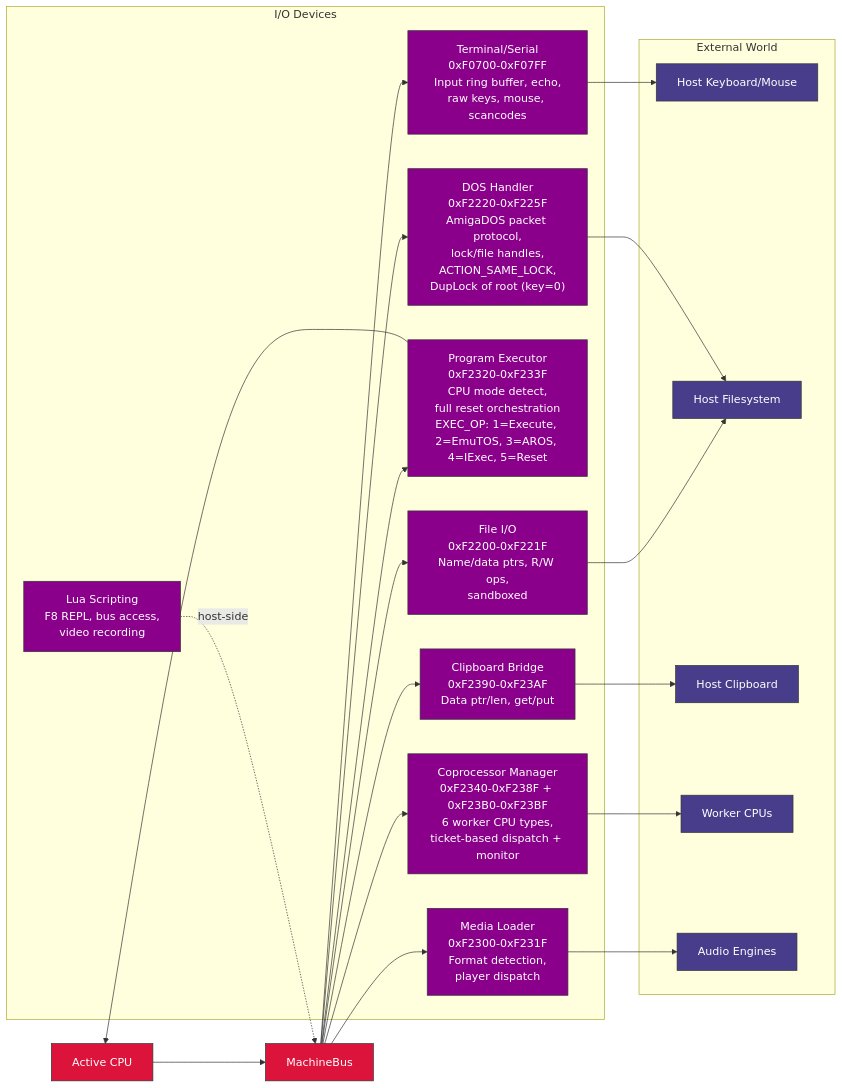
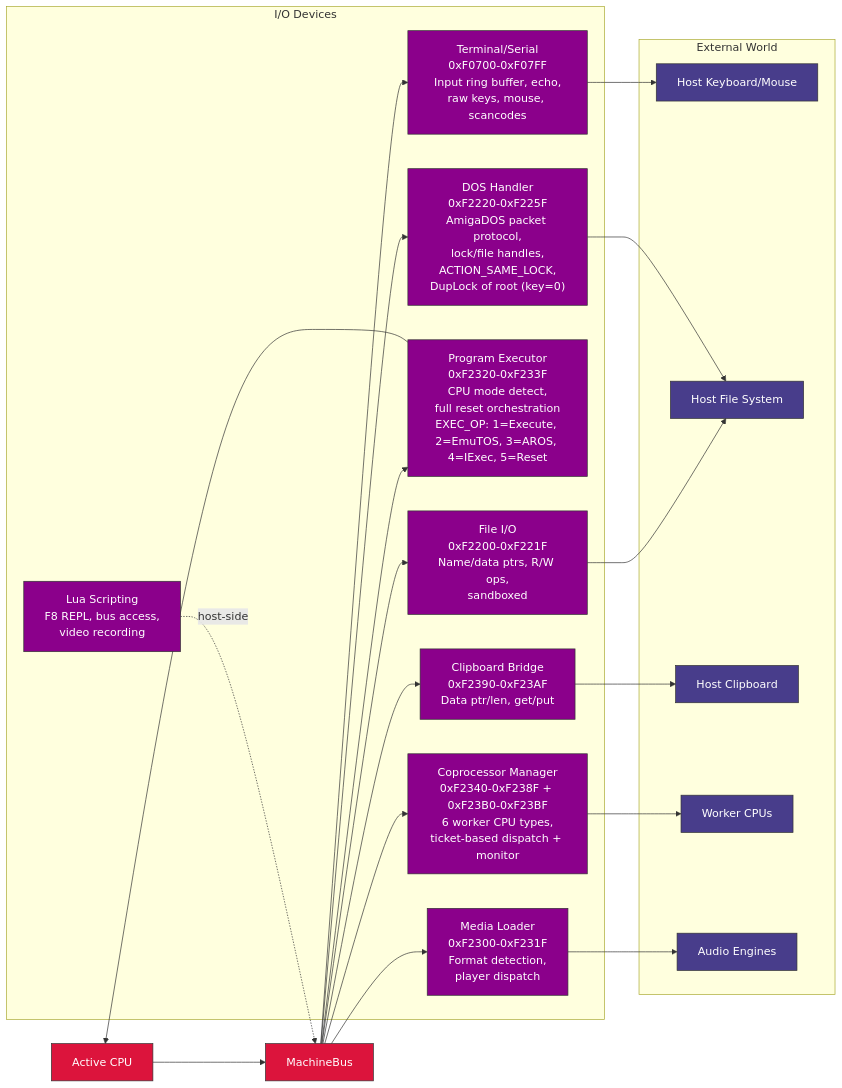
The ninth of 12 diagrams in sdk/docs/architecture.md (IntuitionAmiga/IntuitionEngine), drawn with Mermaid before and after one commit. The commit also changed other lines of this file and 88 other files, not shown here.

````diff
--- a/sdk/docs/architecture.md
+++ b/sdk/docs/architecture.md
@@ -1025,49 +1025,49 @@
 ```mermaid
 graph LR
     CPU["Active CPU"]
     BUS["MachineBus"]
     CPU --> BUS
 
     subgraph DEVS["I/O Devices"]
         TERM["Terminal/Serial<br/>0xF0700-0xF07FF<br/>Input ring buffer, echo,<br/>raw keys, mouse, scancodes"]
         FIO["File I/O<br/>0xF2200-0xF221F<br/>Name/data ptrs, R/W ops,<br/>sandboxed"]
         PEXEC["Program Executor<br/>0xF2320-0xF233F<br/>CPU mode detect,<br/>full reset orchestration<br/>EXEC_OP: 1=Execute, 2=EmuTOS, 3=AROS, 4=IExec, 5=Reset"]
         COPRO["Coprocessor Manager<br/>0xF2340-0xF238F + 0xF23B0-0xF23BF<br/>6 worker CPU types,<br/>ticket-based dispatch + monitor"]
         CLIP["Clipboard Bridge<br/>0xF2390-0xF23AF<br/>Data ptr/len, get/put"]
         DOS["DOS Handler<br/>0xF2220-0xF225F<br/>AmigaDOS packet protocol,<br/>lock/file handles,<br/>ACTION_SAME_LOCK,<br/>DupLock of root (key=0)"]
         MEDIA["Media Loader<br/>0xF2300-0xF231F<br/>Format detection,<br/>player dispatch"]
         LUA["Lua Scripting<br/>F8 REPL, bus access,<br/>video recording"]
     end
 
     BUS --> TERM
     BUS --> FIO
     BUS --> PEXEC
     BUS --> COPRO
     BUS --> CLIP
     BUS --> DOS
     BUS --> MEDIA
     LUA -.->|"host-side"| BUS
 
     subgraph EXT["External World"]
         HOST_KB["Host Keyboard/Mouse"]
-        HOST_FS["Host Filesystem"]
+        HOST_FS["Host File System"]
         HOST_CB["Host Clipboard"]
         CPUSUB["Worker CPUs"]
         AUDIO_E["Audio Engines"]
     end
 
     TERM --> HOST_KB
     FIO --> HOST_FS
     DOS --> HOST_FS
     CLIP --> HOST_CB
     PEXEC --> CPU
     COPRO --> CPUSUB
     MEDIA --> AUDIO_E
 
     classDef periph fill:#8B008B,stroke:#333,color:#fff
     classDef ext fill:#483D8B,stroke:#333,color:#fff
     classDef bus fill:#DC143C,stroke:#333,color:#fff
     class TERM,FIO,PEXEC,COPRO,CLIP,DOS,MEDIA,LUA periph
     class HOST_KB,HOST_FS,HOST_CB,CPUSUB,AUDIO_E ext
     class CPU,BUS bus
 ```
````
